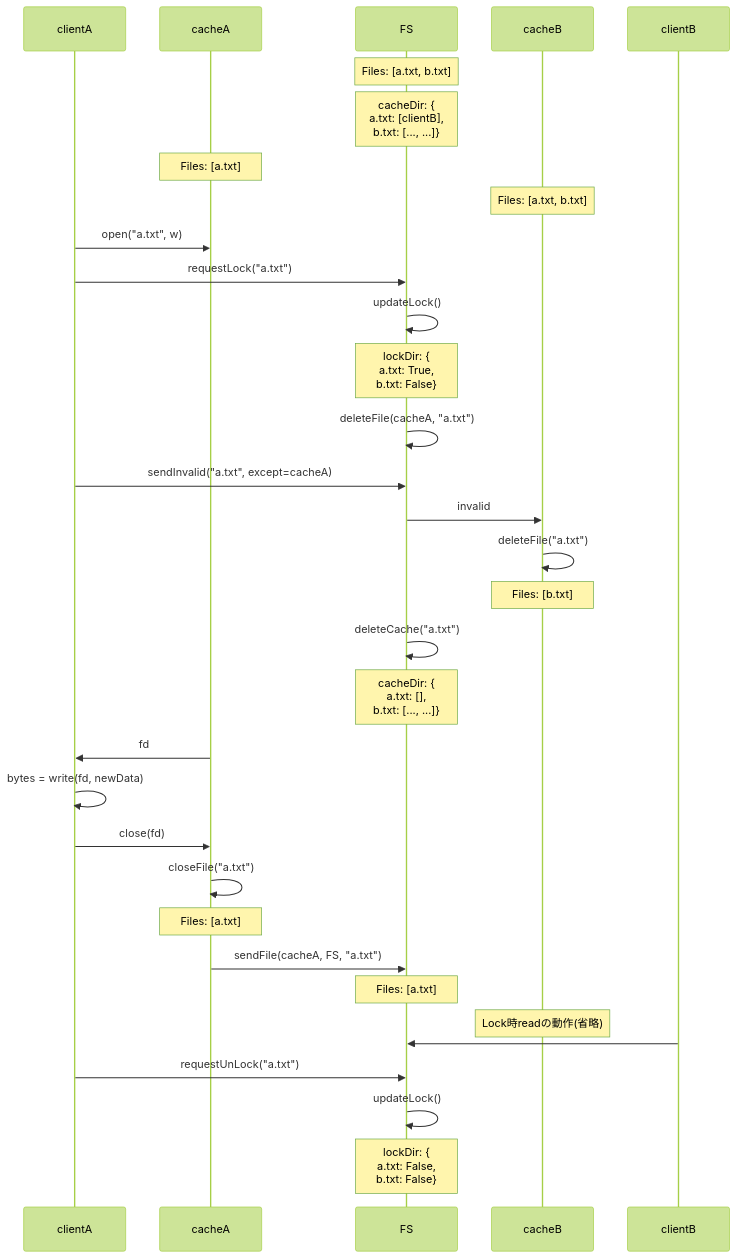
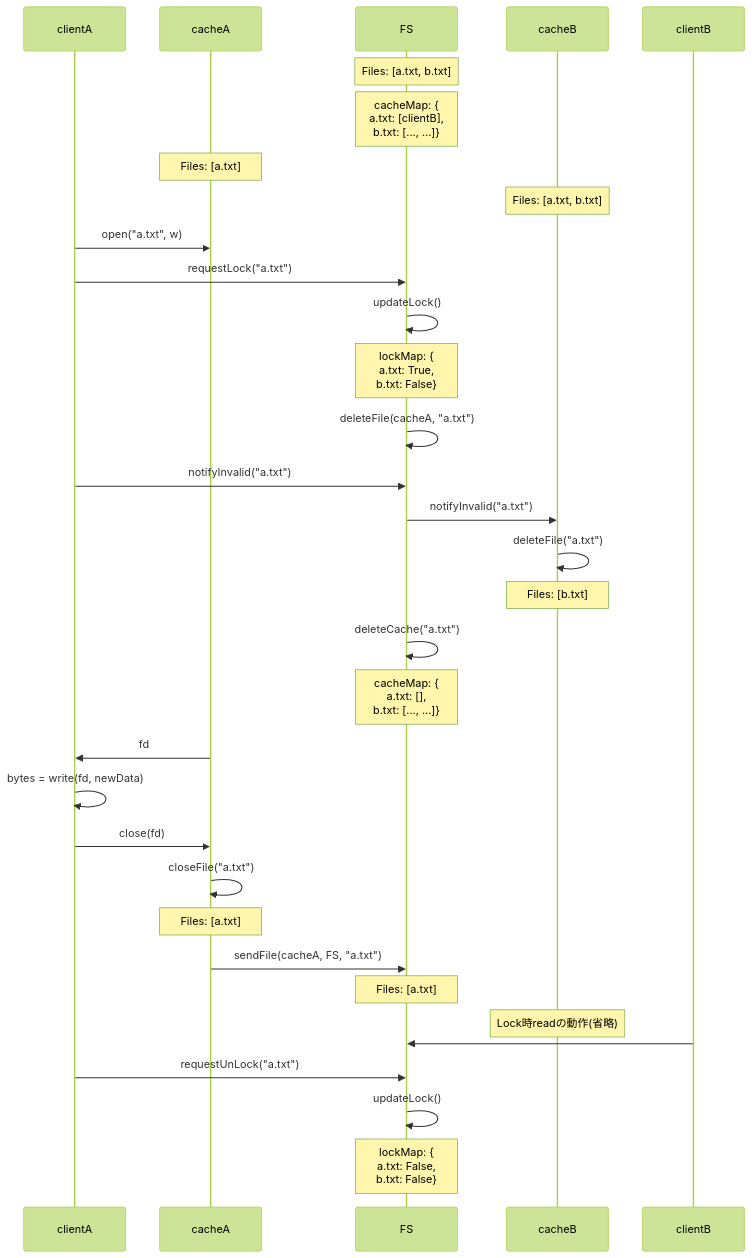
One commit to bishopfunc/os-b-dfs changed the fourth of 4 diagrams in README.md. Above: the diagram before and after it, drawn with Mermaid (forest theme). The commit also changed other lines of this file and 1 other file, not shown here.

Commit message:
sendInvalid -> notifyInvalid Dir -> Map

````diff
--- a/README.md
+++ b/README.md
@@ -129,42 +129,42 @@
 ```mermaid
 sequenceDiagram
     participant clientA as clientA
     participant cacheA as cacheA
     participant FS as FS
     participant cacheB as cacheB
     participant clientB as clientB
     Note over FS: Files: [a.txt, b.txt]
-    Note over FS: cacheDir: {<br>a.txt: [clientB], <br>b.txt: [..., ...]} 
+    Note over FS: cacheMap: {<br>a.txt: [clientB], <br>b.txt: [..., ...]} 
     Note over cacheA: Files: [a.txt]    
     Note over cacheB: Files: [a.txt, b.txt] 
 
     clientA->>cacheA: open("a.txt", w)
     clientA->>FS: requestLock("a.txt")
     FS->>FS :updateLock()
-    Note over FS: lockDir: {<br>a.txt: True, <br>b.txt: False} 
+    Note over FS: lockMap: {<br>a.txt: True, <br>b.txt: False} 
 
     FS->>FS: deleteFile(cacheA, "a.txt")
-    clientA->>FS: sendInvalid("a.txt", except=cacheA)
-    FS->>cacheB: invalid
+    clientA->>FS: notifyInvalid("a.txt")
+    FS->>cacheB: notifyInvalid("a.txt")
     cacheB->>cacheB: deleteFile("a.txt")
     Note over cacheB: Files: [b.txt]
     FS->>FS: deleteCache("a.txt")
-    Note over FS: cacheDir: {<br>a.txt: [], <br>b.txt: [..., ...]} 
+    Note over FS: cacheMap: {<br>a.txt: [], <br>b.txt: [..., ...]} 
 
     cacheA->>clientA: fd
     clientA->>clientA: bytes = write(fd, newData)
     clientA->>cacheA: close(fd)
     cacheA->>cacheA: closeFile("a.txt")
     Note over cacheA: Files: [a.txt]
 
     cacheA->>FS: sendFile(cacheA, FS, "a.txt")
     Note over FS: Files: [a.txt]
 
     Note over cacheB: Lock時readの動作(省略)
     clientB->>FS: 
 
     clientA->>FS: requestUnLock("a.txt")
     FS->>FS :updateLock()
-    Note over FS: lockDir: {<br>a.txt: False, <br>b.txt: False} 
+    Note over FS: lockMap: {<br>a.txt: False, <br>b.txt: False} 
 
 ```
````
